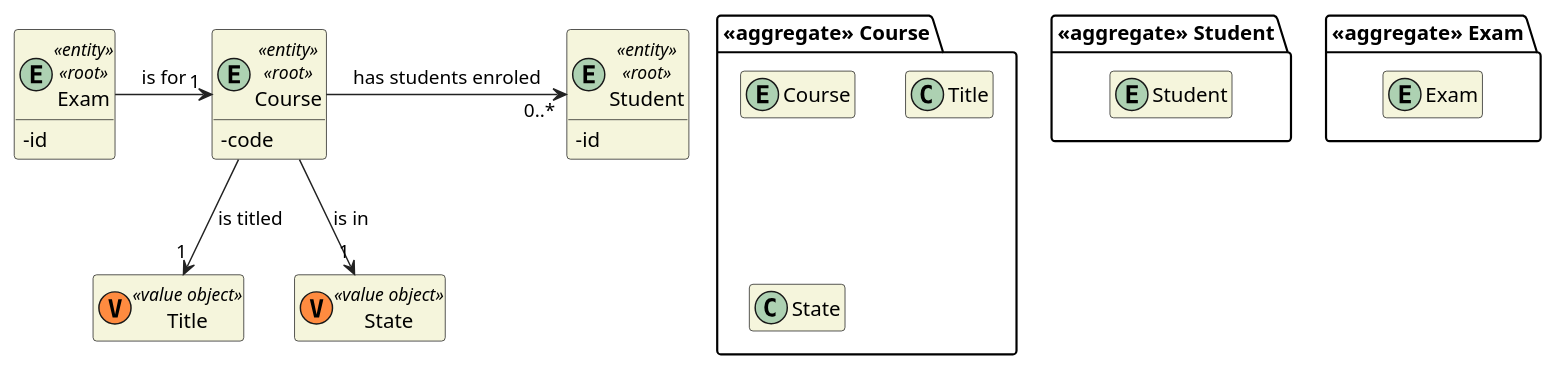
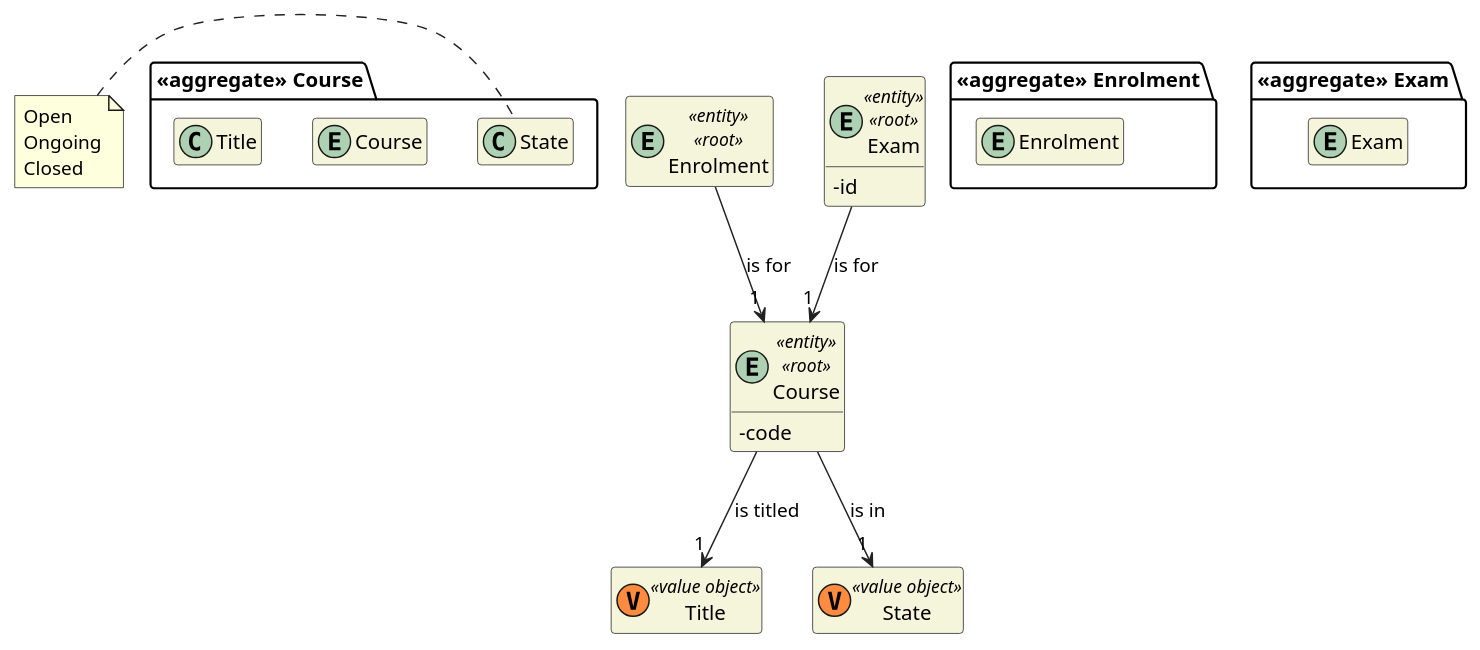
One commit to miseEnPlace-dev/lapr4 changed the diagram in docs/DM/DM_Course.puml. Above: the diagram before and after it, drawn with PlantUML. The commit also changed 7 other files, not shown here.

```diff
--- a/docs/DM/DM_Course.puml
+++ b/docs/DM/DM_Course.puml
@@ -1,47 +1,47 @@
 @startuml DM-COURSE
 'https://plantuml.com/class-diagram
 
 skinparam classAttributeIconSize 0
 hide empty attributes
 hide empty methods
 skinparam classBackgroundColor beige
 skinparam ArrowColor #222222
 
 package "<<aggregate>> Course" {
     entity Course
 
     class Title
     class State
 }
 
+package "<<aggregate>> Enrolment" {
+    entity Enrolment
+}
+
 entity Course <<entity>> <<root>> {
     - code
 }
 
-package "<<aggregate>> Student" {
-    entity Student
-}
-
-entity Student <<entity>> <<root>> {
-  -id
+entity Enrolment <<entity>> <<root>> {
 }
 
 package "<<aggregate>> Exam" {
     entity Exam
 }
 
 entity Exam <<entity>> <<root>> {
   -id
 }
 
+note left of State : Open\nOngoing\nClosed
+
 class Title <<(V,#FF8B40) value object>> {}
 class State <<(V,#FF8B40) value object>> {}
 
 Course --> "1" Title : is titled
 Course --> "1" State : is in
+Enrolment --> "1" Course : is for
 
-Exam -> "1" Course : is for
-
-Course -> "0..*" Student : has students enroled
+Exam --> "1" Course : is for
 
 @enduml
```
